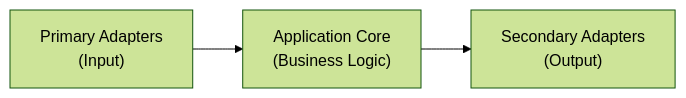
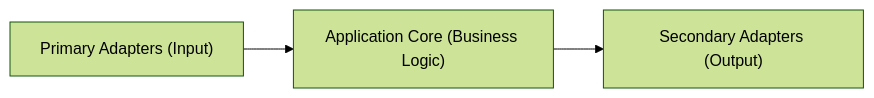
Before and after one commit to Cloudzero/cloudzero-agent: the diagram in app/CLAUDE.md, drawn with Mermaid (forest theme). The commit also changed other lines of this file and 25 other files, not shown here.

````diff
--- a/app/CLAUDE.md
+++ b/app/CLAUDE.md
@@ -18,6 +18,6 @@
 ```mermaid
 graph LR
-    A["Primary Adapters<br/>(Input)"] -->
-    B["Application Core<br/>(Business Logic)"] -->
-    C["Secondary Adapters<br/>(Output)"]
+    A["Primary Adapters (Input)"] -->
+    B["Application Core (Business Logic)"] -->
+    C["Secondary Adapters (Output)"]
 ```
````
